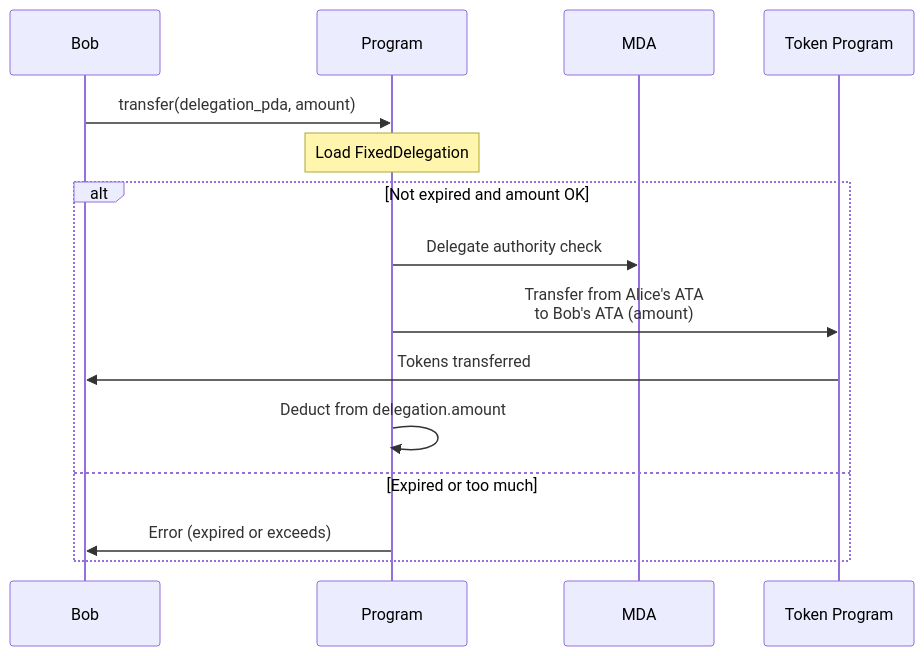
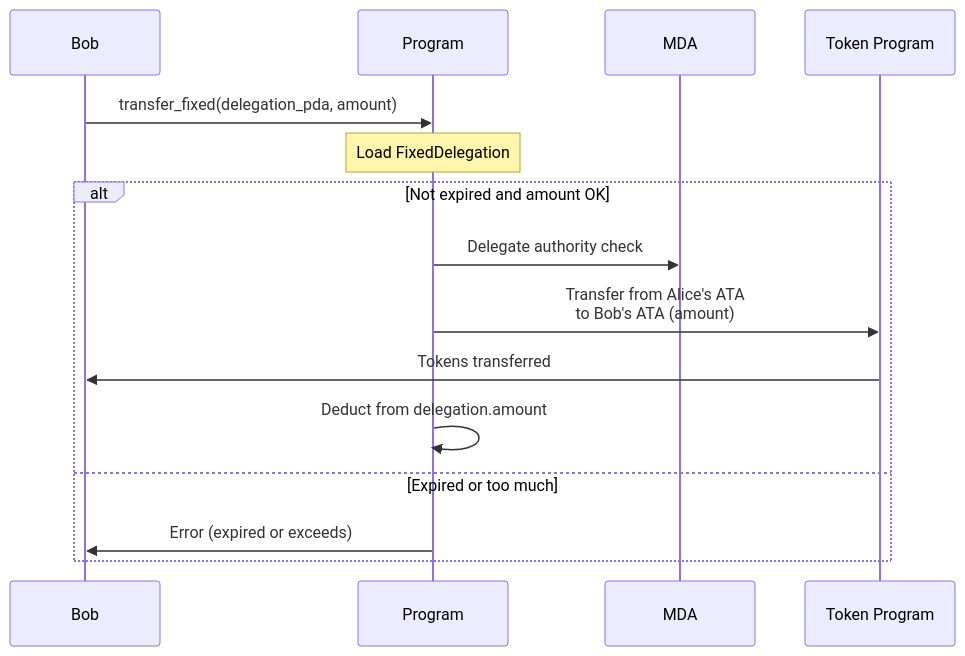
One commit to solana-program/multi-delegator changed the fifth of 6 diagrams in docs/001-multi-delegator-architecture.md. Above: the diagram before and after it, drawn with Mermaid. The commit also changed other lines of this file and 3 other files, not shown here.

````diff
--- a/docs/001-multi-delegator-architecture.md
+++ b/docs/001-multi-delegator-architecture.md
@@ -108,19 +108,19 @@
 ```mermaid
 sequenceDiagram
     participant B as Bob
     participant P as Program
     participant MDA as MDA
     participant T as Token Program
 
-    B->>P: transfer(delegation_pda, amount)
+    B->>P: transfer_fixed(delegation_pda, amount)
     Note over P: Load FixedDelegation
 
     alt Not expired and amount OK
         P->>MDA: Delegate authority check
         P->>T: Transfer from Alice's ATA<br/>to Bob's ATA (amount)
         T->>B: Tokens transferred
         P->>P: Deduct from delegation.amount
     else Expired or too much
         P->>B: Error (expired or exceeds)
     end
 ```
````
